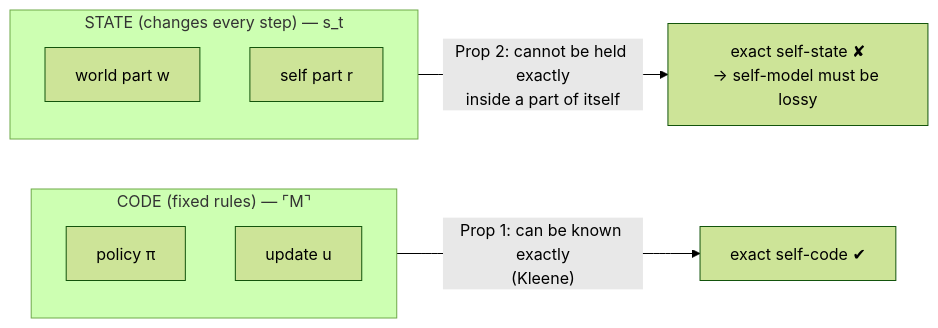
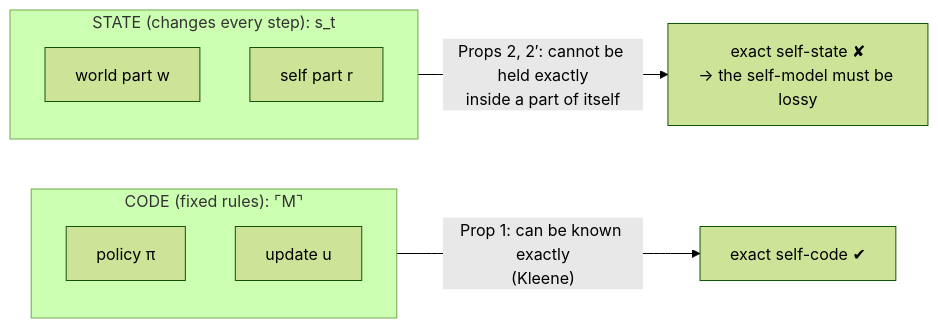
One commit to thomasms/strangeloop changed the second of 7 diagrams in REPORT.md. Above: the diagram before and after it, drawn with Mermaid (forest theme). The commit also changed other lines of this file and 4 other files, not shown here.

````diff
--- a/REPORT.md
+++ b/REPORT.md
@@ -322,13 +419,13 @@
 ```mermaid
 flowchart LR
-    subgraph Code["CODE (fixed rules) — ⌜M⌝"]
+    subgraph Code["CODE (fixed rules): ⌜M⌝"]
       P1["policy π"]
       U1["update u"]
     end
-    subgraph State["STATE (changes every step) — s_t"]
+    subgraph State["STATE (changes every step): s_t"]
       W["world part w"]
       R["self part r"]
     end
     Code -->|"Prop 1: can be known exactly<br/>(Kleene)"| K1["exact self-code ✔"]
-    State -->|"Prop 2: cannot be held exactly<br/>inside a part of itself"| K2["exact self-state ✘<br/>→ self-model must be lossy"]
+    State -->|"Props 2, 2′: cannot be held exactly<br/>inside a part of itself"| K2["exact self-state ✘<br/>→ the self-model must be lossy"]
 ```
````
